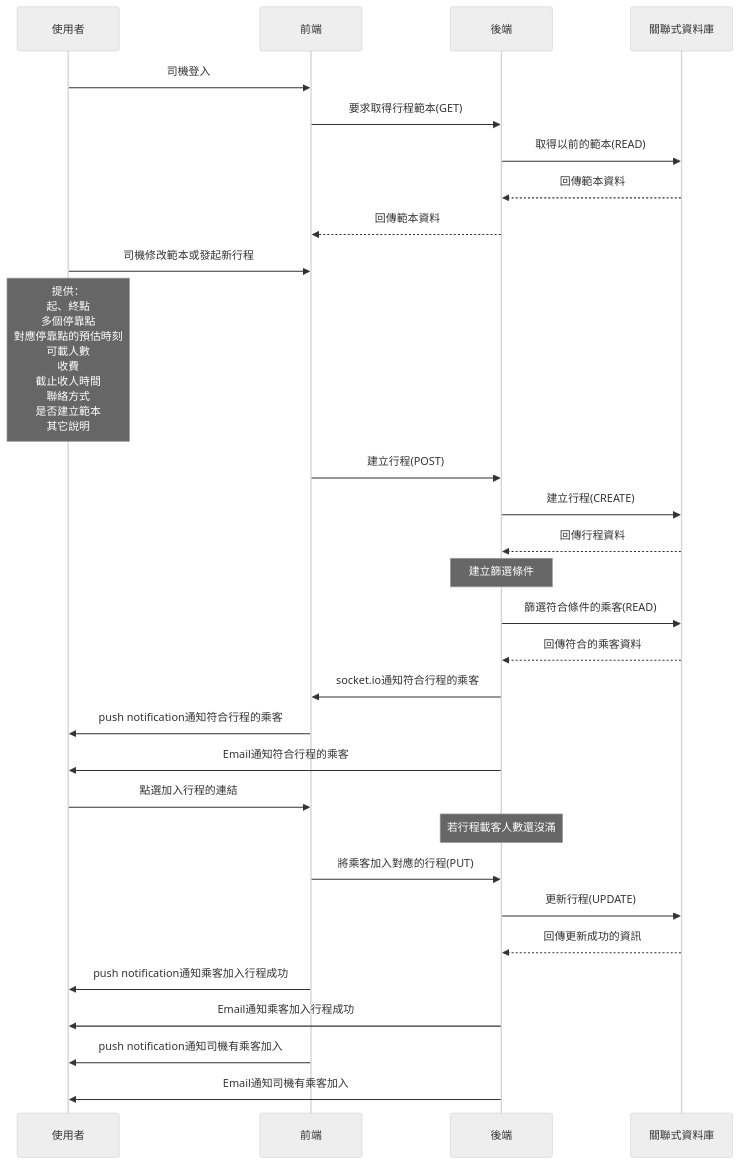
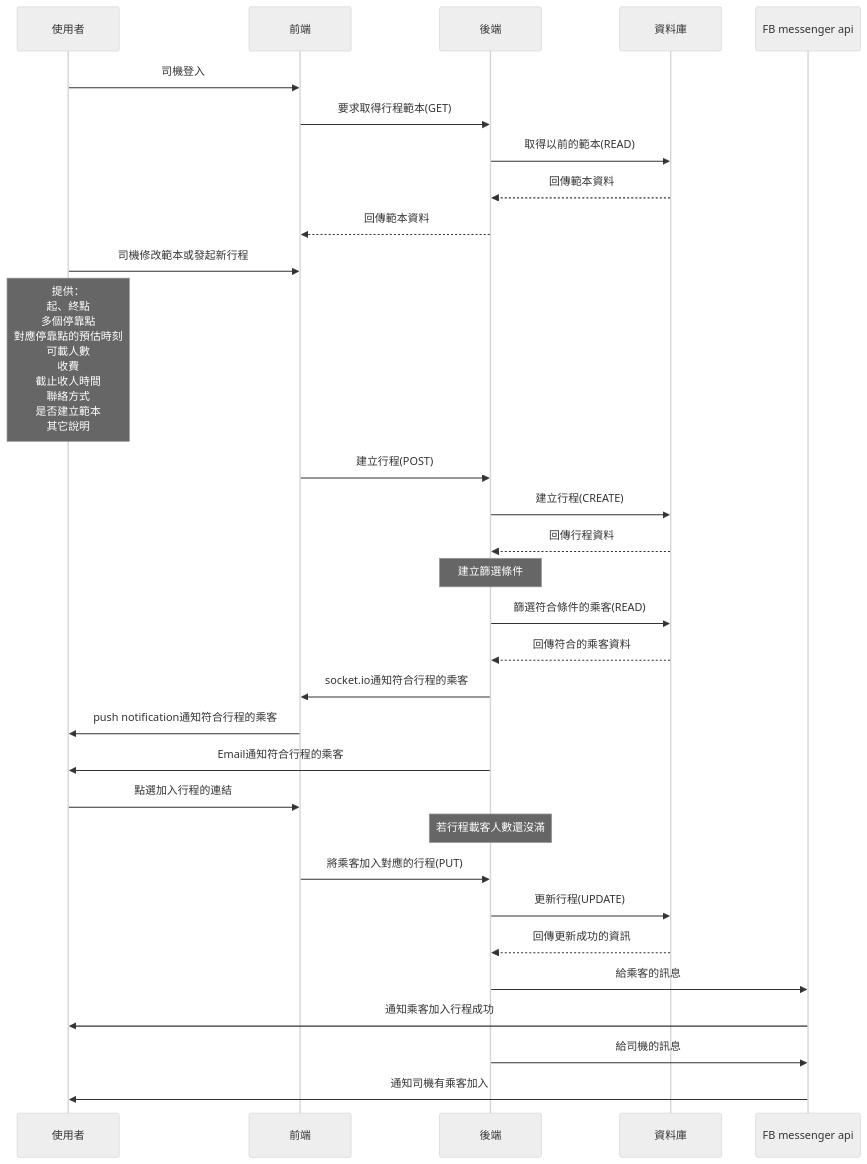
One commit to CarCoop/car-coop changed the second of 3 diagrams in README.md. Above: the diagram before and after it, drawn with Mermaid (neutral theme). The commit also changed other lines of this file, not shown here.

Commit message:
根據20030423開會結果修改流程圖，加上facebook通知和JWT

````diff
--- a/README.md
+++ b/README.md
@@ -48,32 +36,33 @@
 ```mermaid
 sequenceDiagram
     participant 使用者
     participant 前端
     participant 後端
-    participant 關聯式資料庫
+    participant 資料庫
+    participant FB messenger api
     使用者->>前端:司機登入
     前端->>後端:要求取得行程範本(GET)
-    後端->>關聯式資料庫:取得以前的範本(READ)
-    關聯式資料庫-->>後端:回傳範本資料
+    後端->>資料庫:取得以前的範本(READ)
+    資料庫-->>後端:回傳範本資料
     後端-->>前端:回傳範本資料
     使用者->>前端:司機修改範本或發起新行程
     Note over 使用者:提供：<br>起、終點<br>多個停靠點<br>對應停靠點的預估時刻<br>可載人數<br>收費<br>截止收人時間<br>聯絡方式<br>是否建立範本<br>其它說明
     前端->>後端:建立行程(POST)
-    後端->>關聯式資料庫:建立行程(CREATE)
-    關聯式資料庫-->>後端:回傳行程資料
+    後端->>資料庫:建立行程(CREATE)
+    資料庫-->>後端:回傳行程資料
     Note over 後端:建立篩選條件
-    後端->>關聯式資料庫:篩選符合條件的乘客(READ)
-    關聯式資料庫-->>後端:回傳符合的乘客資料
+    後端->>資料庫:篩選符合條件的乘客(READ)
+    資料庫-->>後端:回傳符合的乘客資料
     後端->>前端:socket.io通知符合行程的乘客
     前端->>使用者:push notification通知符合行程的乘客
     後端->>使用者:Email通知符合行程的乘客
     使用者->>前端:點選加入行程的連結
     Note over 後端:若行程載客人數還沒滿
     前端->>後端:將乘客加入對應的行程(PUT)
-    後端->>關聯式資料庫:更新行程(UPDATE)
-    關聯式資料庫-->>後端:回傳更新成功的資訊
-    前端->>使用者:push notification通知乘客加入行程成功
-    後端->>使用者:Email通知乘客加入行程成功
-    前端->>使用者:push notification通知司機有乘客加入
-    後端->>使用者:Email通知司機有乘客加入
+    後端->>資料庫:更新行程(UPDATE)
+    資料庫-->>後端:回傳更新成功的資訊
+    後端->>FB messenger api:給乘客的訊息
+    FB messenger api->>使用者:通知乘客加入行程成功
+    後端->>FB messenger api:給司機的訊息
+    FB messenger api->>使用者:通知司機有乘客加入
 ```
````
